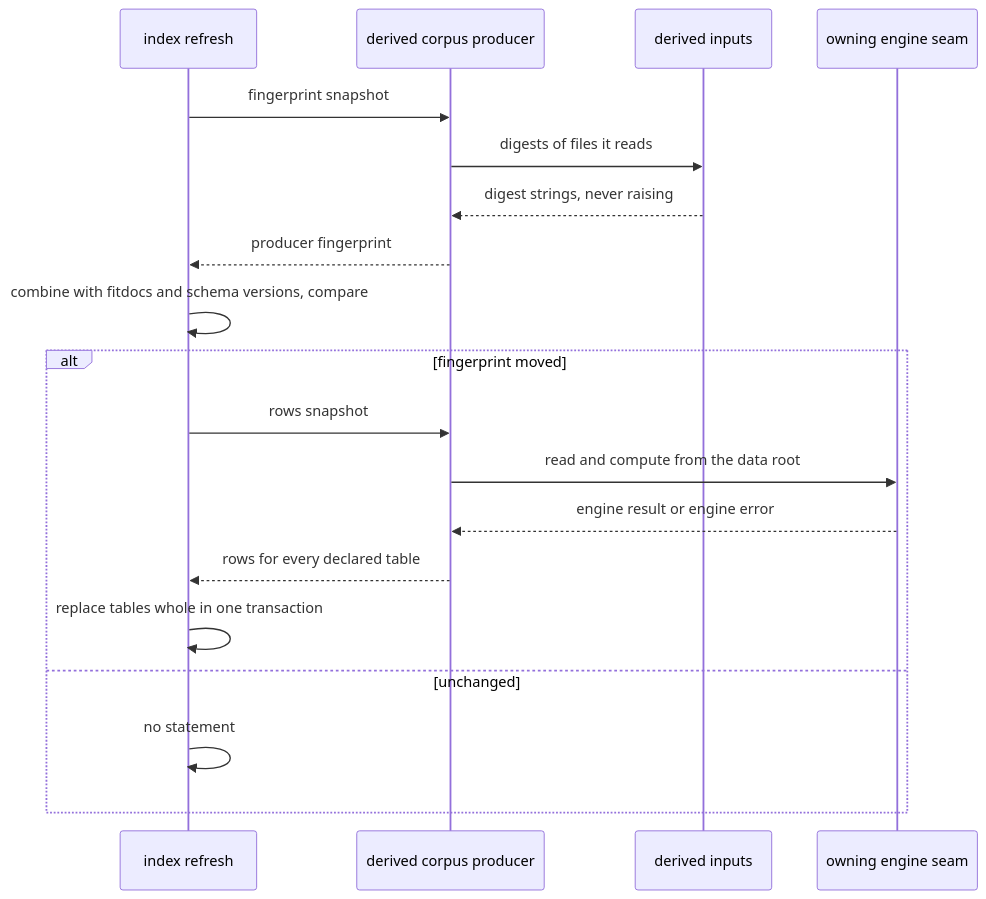
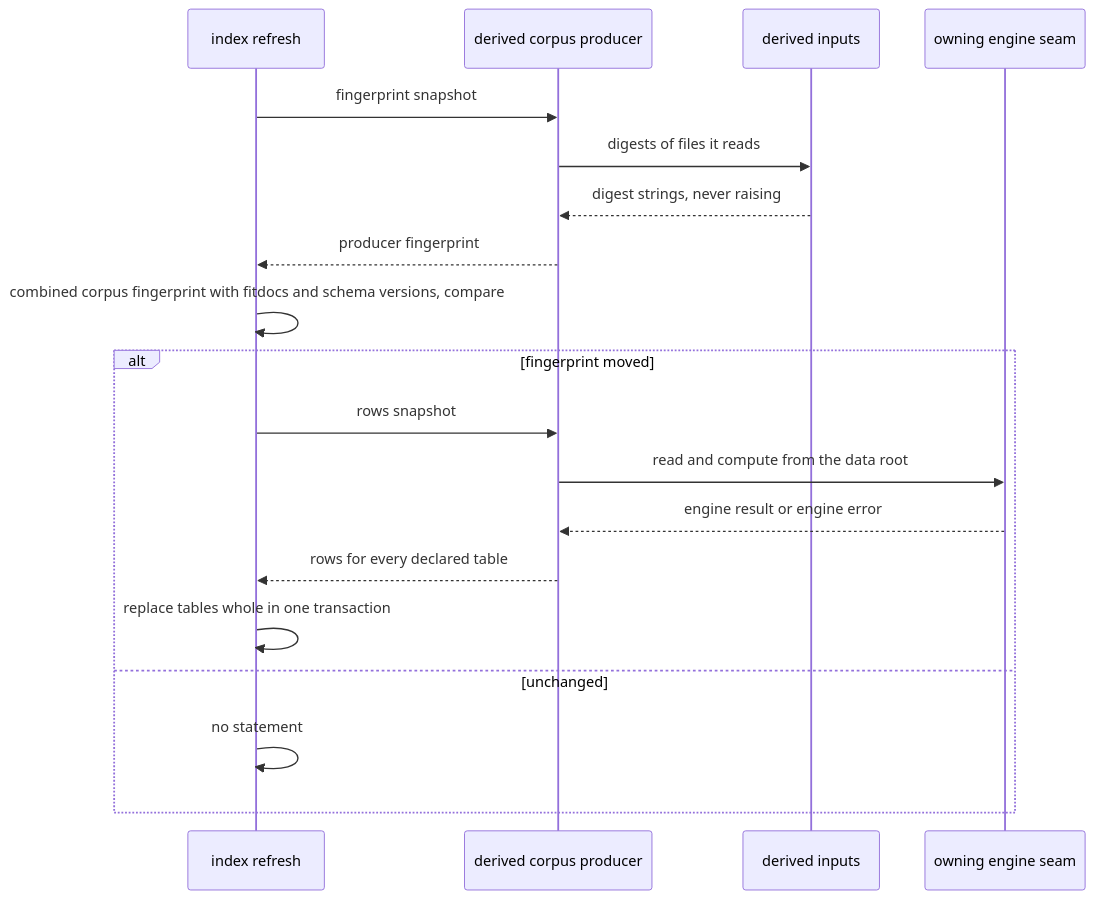
The second of 3 diagrams in .kiro/specs/analytics-derived/design.md (joshua-stauffer/fitdocs), drawn with Mermaid before and after one commit. The commit also changed other lines of this file and 4 other files, not shown here.

````diff
--- a/.kiro/specs/analytics-derived/design.md
+++ b/.kiro/specs/analytics-derived/design.md
@@ -263,21 +285,21 @@
 ```mermaid
 sequenceDiagram
     participant Ref as index refresh
     participant Prod as derived corpus producer
     participant In as derived inputs
     participant Eng as owning engine seam
     Ref->>Prod: fingerprint snapshot
     Prod->>In: digests of files it reads
     In-->>Prod: digest strings, never raising
     Prod-->>Ref: producer fingerprint
-    Ref->>Ref: combine with fitdocs and schema versions, compare
+    Ref->>Ref: combined corpus fingerprint with fitdocs and schema versions, compare
     alt fingerprint moved
         Ref->>Prod: rows snapshot
         Prod->>Eng: read and compute from the data root
         Eng-->>Prod: engine result or engine error
         Prod-->>Ref: rows for every declared table
         Ref->>Ref: replace tables whole in one transaction
     else unchanged
         Ref->>Ref: no statement
     end
 ```
````
